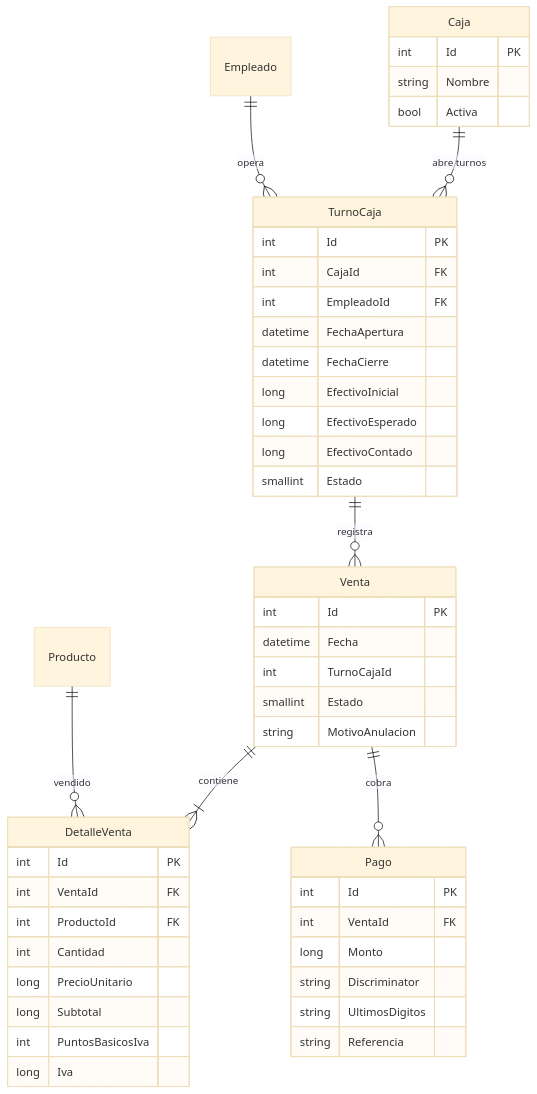
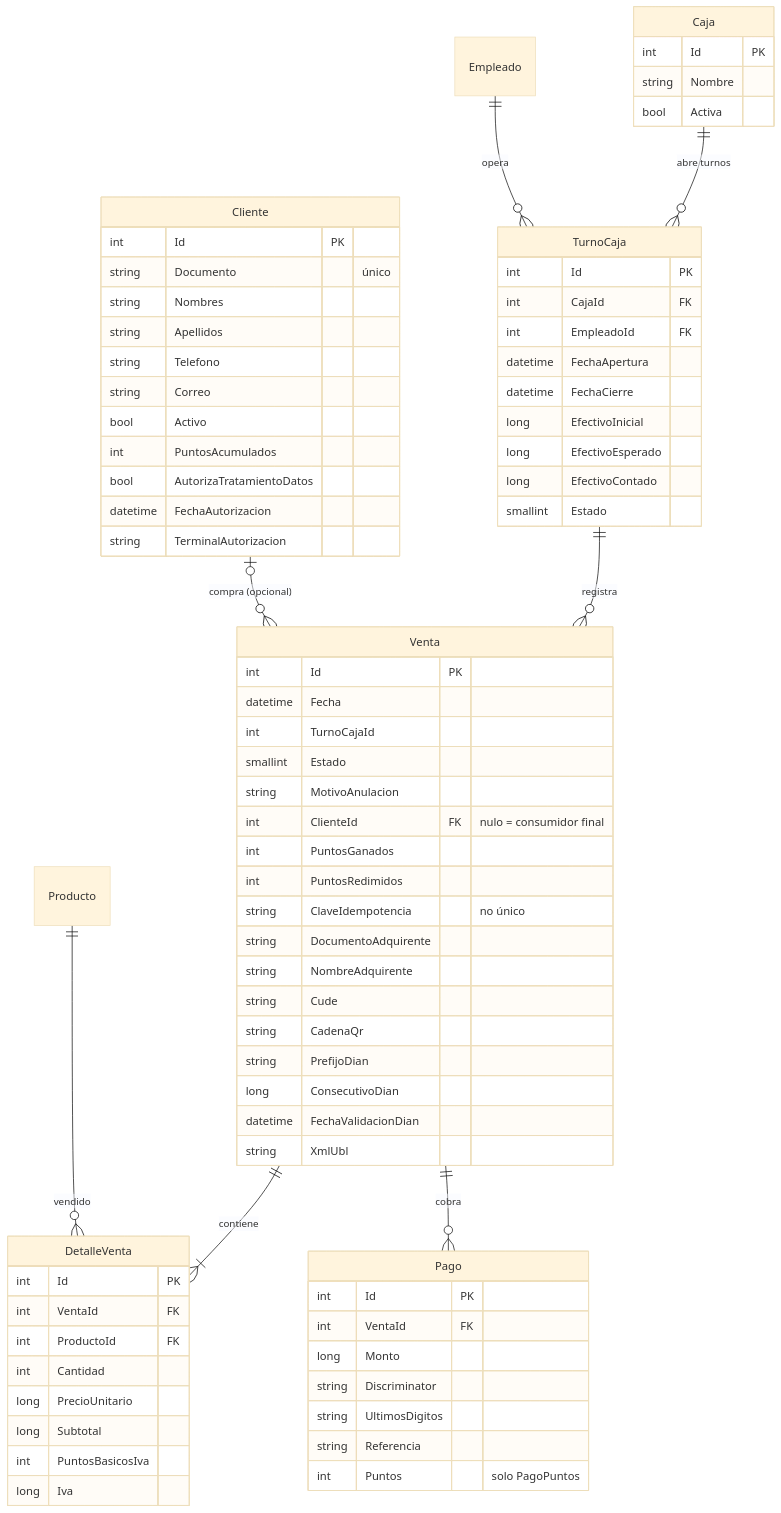
Before and after one commit to Brimx/SIGS: the third of 7 diagrams in docs/modelo-er.md, drawn with Mermaid (base theme). The commit also changed other lines of this file and 14 other files, not shown here.

````diff
--- a/docs/modelo-er.md
+++ b/docs/modelo-er.md
@@ -105,51 +105,78 @@
 ```mermaid
 erDiagram
     Caja ||--o{ TurnoCaja : "abre turnos"
     Empleado ||--o{ TurnoCaja : "opera"
     TurnoCaja ||--o{ Venta : registra
     Venta ||--|{ DetalleVenta : contiene
     Venta ||--o{ Pago : cobra
+    Cliente |o--o{ Venta : "compra (opcional)"
     Producto ||--o{ DetalleVenta : vendido
 
     Caja {
         int Id PK
         string Nombre
         bool Activa
     }
     TurnoCaja {
         int Id PK
         int CajaId FK
         int EmpleadoId FK
         datetime FechaApertura
         datetime FechaCierre
         long EfectivoInicial
         long EfectivoEsperado
         long EfectivoContado
         smallint Estado
     }
     Venta {
         int Id PK
         datetime Fecha
         int TurnoCajaId
         smallint Estado
         string MotivoAnulacion
+        int ClienteId FK "nulo = consumidor final"
+        int PuntosGanados
+        int PuntosRedimidos
+        string ClaveIdempotencia "no único"
+        string DocumentoAdquirente
+        string NombreAdquirente
+        string Cude
+        string CadenaQr
+        string PrefijoDian
+        long ConsecutivoDian
+        datetime FechaValidacionDian
+        string XmlUbl
+    }
+    Cliente {
+        int Id PK
+        string Documento "único"
+        string Nombres
+        string Apellidos
+        string Telefono
+        string Correo
+        bool Activo
+        int PuntosAcumulados
+        bool AutorizaTratamientoDatos
+        datetime FechaAutorizacion
+        string TerminalAutorizacion
     }
     DetalleVenta {
         int Id PK
         int VentaId FK
         int ProductoId FK
         int Cantidad
         long PrecioUnitario
         long Subtotal
         int PuntosBasicosIva
         long Iva
     }
     Pago {
         int Id PK
         int VentaId FK
         long Monto
         string Discriminator
         string UltimosDigitos
         string Referencia
+        int Puntos "solo PagoPuntos"
     }
 ```
````
